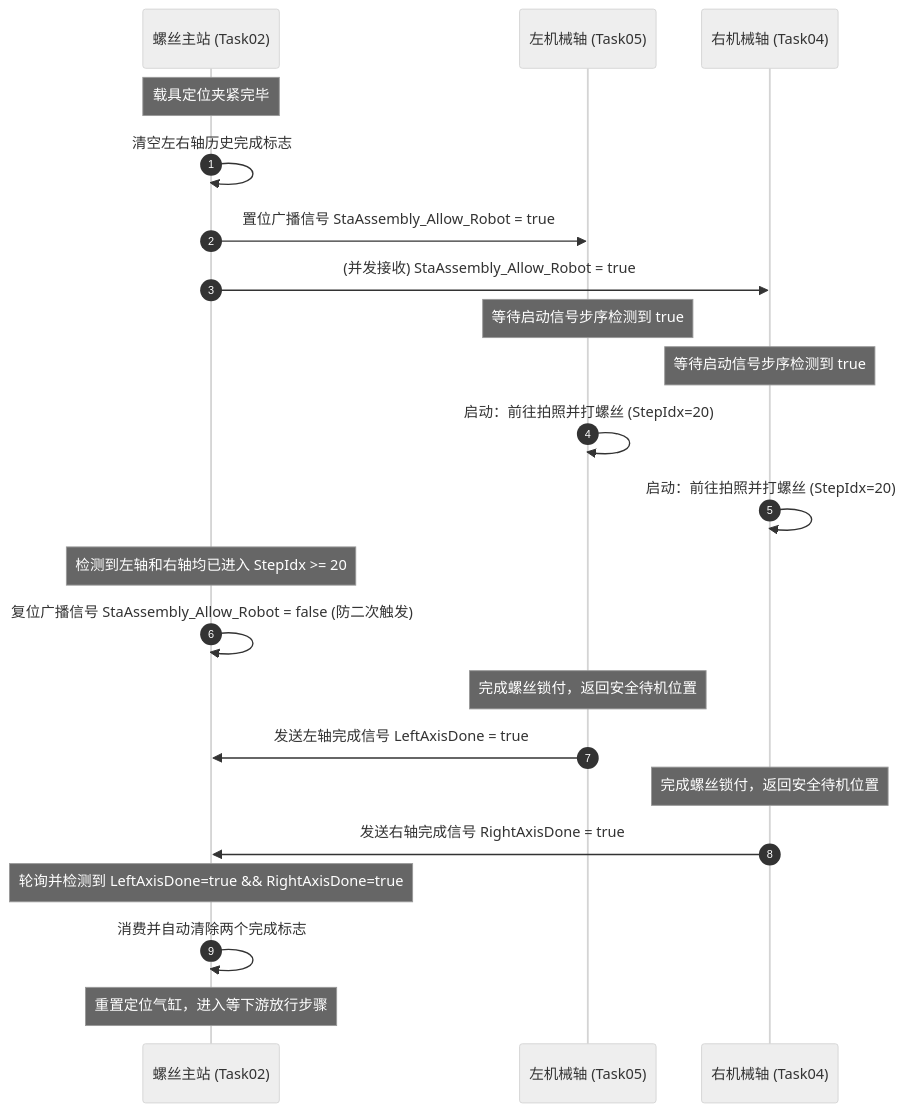
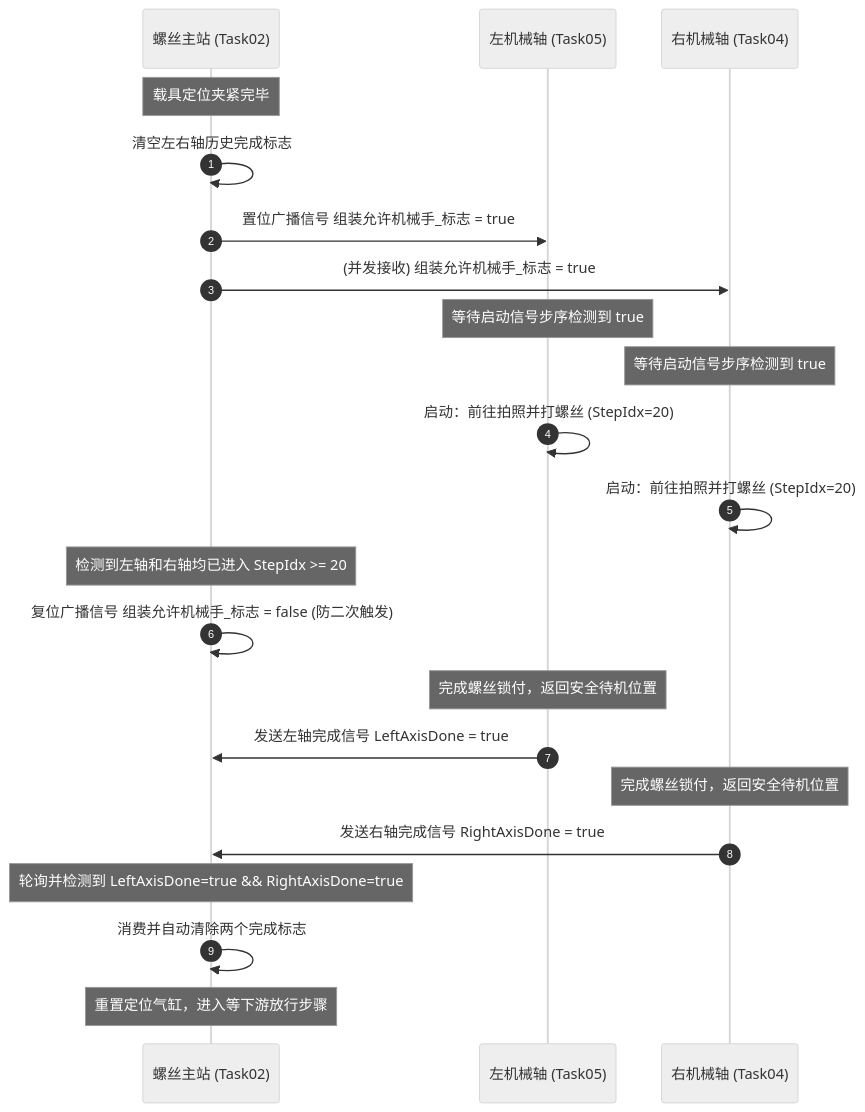
One commit to Meteor-Comet/Meteor-Comet.github.io changed the second of 2 diagrams in _posts/2026-06-06-framework-detailed-guide.md. Above: the diagram before and after it, drawn with Mermaid (neutral theme). The commit also changed other lines of this file, not shown here.

````diff
--- a/_posts/2026-06-06-framework-detailed-guide.md
+++ b/_posts/2026-06-06-framework-detailed-guide.md
@@ -651,25 +651,25 @@
 ```mermaid
 sequenceDiagram
     autonumber
     participant Master as 螺丝主站 (Task02)
     participant AxisL as 左机械轴 (Task05)
     participant AxisR as 右机械轴 (Task04)
 
     Note over Master: 载具定位夹紧完毕
     Master->>Master: 清空左右轴历史完成标志
-    Master->>AxisL: 置位广播信号 StaAssembly_Allow_Robot = true
-    Master->>AxisR: (并发接收) StaAssembly_Allow_Robot = true
+    Master->>AxisL: 置位广播信号 组装允许机械手_标志 = true
+    Master->>AxisR: (并发接收) 组装允许机械手_标志 = true
     Note over AxisL: 等待启动信号步序检测到 true
     Note over AxisR: 等待启动信号步序检测到 true
     AxisL->>AxisL: 启动：前往拍照并打螺丝 (StepIdx=20)
     AxisR->>AxisR: 启动：前往拍照并打螺丝 (StepIdx=20)
     Note over Master: 检测到左轴和右轴均已进入 StepIdx >= 20
-    Master->>Master: 复位广播信号 StaAssembly_Allow_Robot = false (防二次触发)
+    Master->>Master: 复位广播信号 组装允许机械手_标志 = false (防二次触发)
     Note over AxisL: 完成螺丝锁付，返回安全待机位置
     AxisL->>Master: 发送左轴完成信号 LeftAxisDone = true
     Note over AxisR: 完成螺丝锁付，返回安全待机位置
     AxisR->>Master: 发送右轴完成信号 RightAxisDone = true
     Note over Master: 轮询并检测到 LeftAxisDone=true && RightAxisDone=true
     Master->>Master: 消费并自动清除两个完成标志
     Note over Master: 重置定位气缸，进入等下游放行步骤
 ```
````
